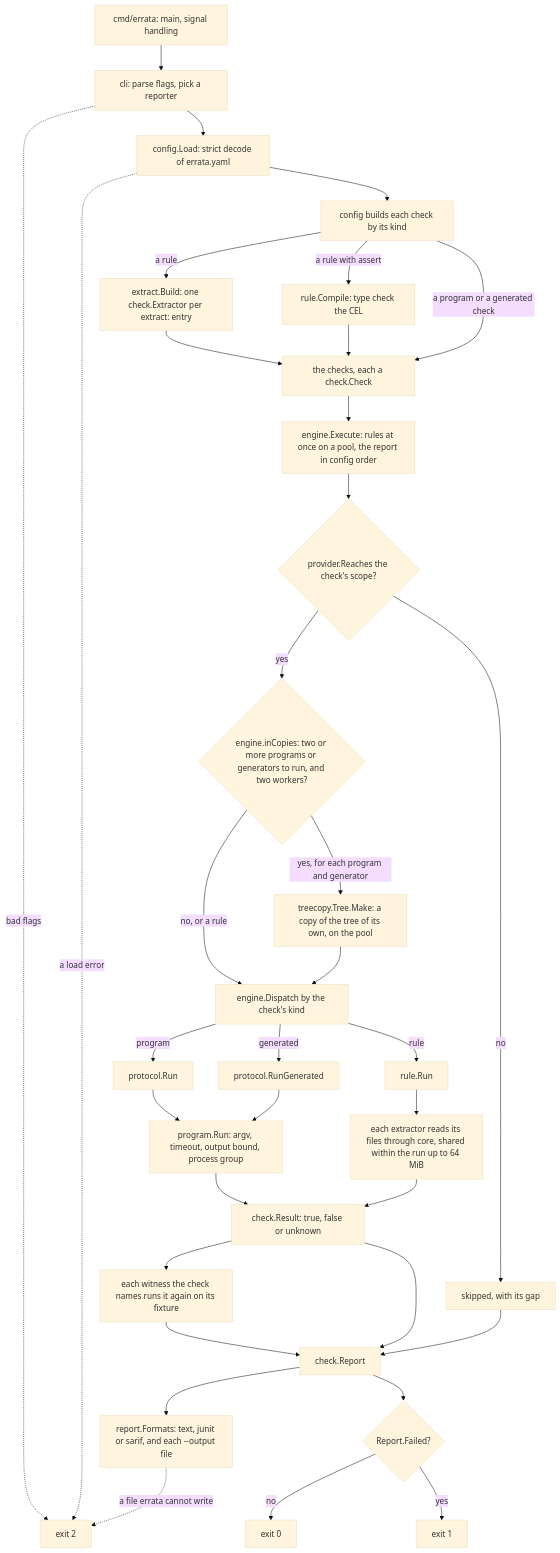
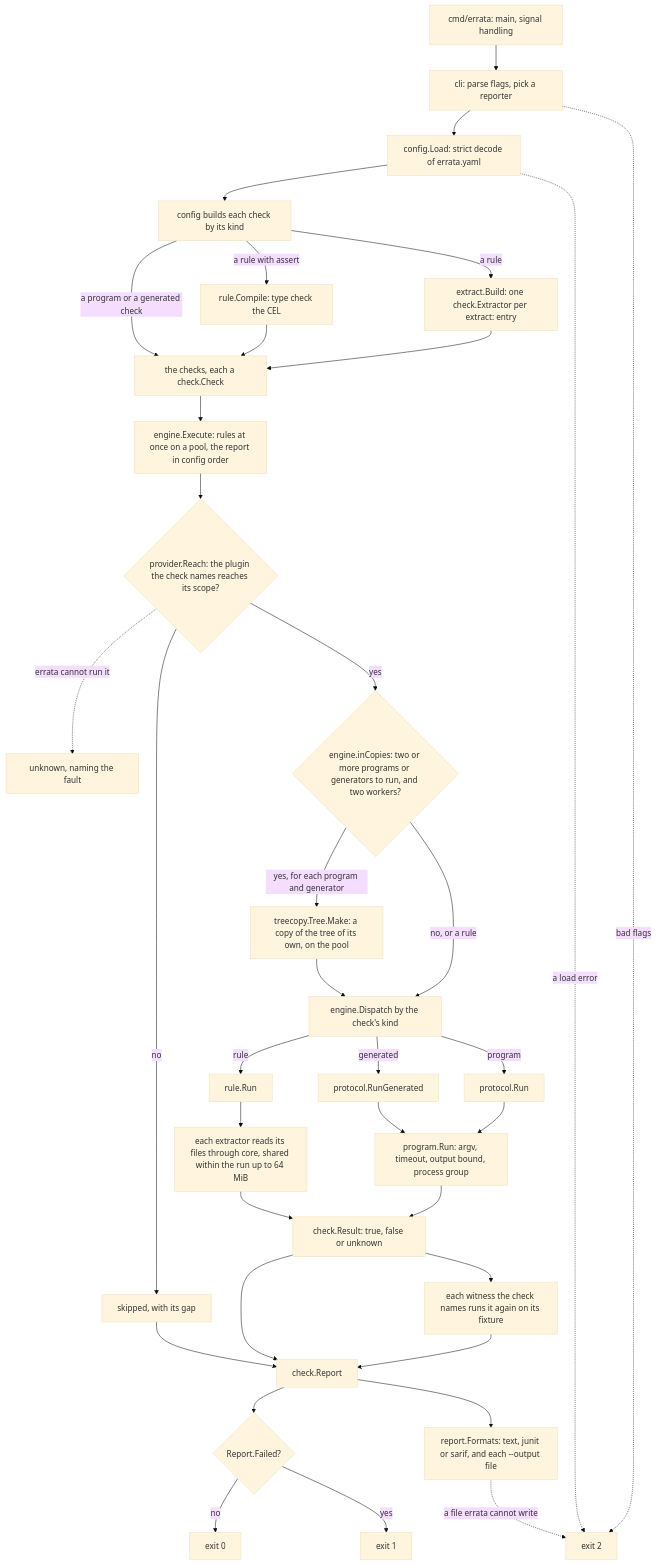
One commit to f-klement/errata changed the first of 9 diagrams in docs/architecture.md. Above: the diagram before and after it, drawn with Mermaid (base theme). The commit also changed other lines of this file and 59 other files, not shown here.

First line of the commit message:
docs(roadmap): v0.6.0, v0.8.0 and the plugins as the owner rescoped them on 2026-11-28

````diff
--- a/docs/architecture.md
+++ b/docs/architecture.md
@@ -24,37 +24,38 @@
 ```mermaid
 flowchart TD
     main["cmd/errata: main, signal handling"] --> cli["cli: parse flags, pick a reporter"]
     cli --> load["config.Load: strict decode of errata.yaml"]
     cli -.->|"bad flags"| usage
     load --> build["config builds each check by its kind"]
     build -->|"a rule"| ext["extract.Build: one check.Extractor per extract: entry"]
     build -->|"a rule with assert"| compile["rule.Compile: type check the CEL"]
     ext --> checks["the checks, each a check.Check"]
     compile --> checks
     build -->|"a program or a generated check"| checks
     load -.->|"a load error"| usage["exit 2"]
     checks --> exec["engine.Execute: rules at once on a pool, the report in config order"]
-    exec --> reach{"provider.Reaches the check's scope?"}
+    exec --> reach{"provider.Reach: the plugin the check names reaches its scope?"}
     reach -->|"no"| skip["skipped, with its gap"]
+    reach -.->|"errata cannot run it"| unknown["unknown, naming the fault"]
     reach -->|"yes"| copies{"engine.inCopies: two or more programs or generators to run, and two workers?"}
     copies -->|"yes, for each program and generator"| copy["treecopy.Tree.Make: a copy of the tree of its own, on the pool"]
     copies -->|"no, or a rule"| dispatch["engine.Dispatch by the check's kind"]
     copy --> dispatch
     dispatch -->|"program"| prun["protocol.Run"]
     dispatch -->|"generated"| pgen["protocol.RunGenerated"]
     dispatch -->|"rule"| rrun["rule.Run"]
     prun --> proc["program.Run: argv, timeout, output bound, process group"]
     pgen --> proc
     rrun --> read["each extractor reads its files through core, shared within the run up to 64 MiB"]
     proc --> result["check.Result: true, false or unknown"]
     read --> result
     result --> witness["each witness the check names runs it again on its fixture"]
     witness --> rep["check.Report"]
     result --> rep
     skip --> rep
     rep --> write["report.Formats: text, junit or sarif, and each --output file"]
     write -.->|"a file errata cannot write"| usage
     rep --> code{"Report.Failed?"}
     code -->|"no"| ok["exit 0"]
     code -->|"yes"| errata["exit 1"]
 ```
````
